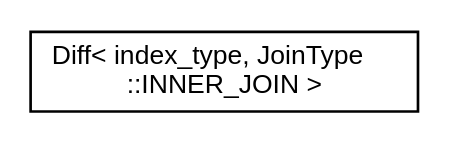
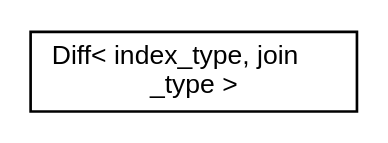
Before and after one commit to rapidsai/projects: the diagram in libcudf/0.8.0/inherit_graph_110.dot, drawn with Graphviz. The commit also changed 299 other files, not shown here.

```diff
--- a/libcudf/0.8.0/inherit_graph_110.dot
+++ b/libcudf/0.8.0/inherit_graph_110.dot
@@ -1,7 +1,7 @@
 digraph "Graphical Class Hierarchy"
 {
   edge [fontname="Helvetica",fontsize="10",labelfontname="Helvetica",labelfontsize="10"];
   node [fontname="Helvetica",fontsize="10",shape=record];
   rankdir="LR";
-  Node0 [label="Diff\< index_type, JoinType\l::INNER_JOIN \>",height=0.2,width=0.4,color="black", fillcolor="white", style="filled",URL="$structDiff_3_01index__type_00_01JoinType_1_1INNER__JOIN_01_4.html"];
+  Node0 [label="Diff\< index_type, join\l_type \>",height=0.2,width=0.4,color="black", fillcolor="white", style="filled",URL="$structDiff.html",tooltip="Functor for computing the difference in a tuple. "];
 }
```
